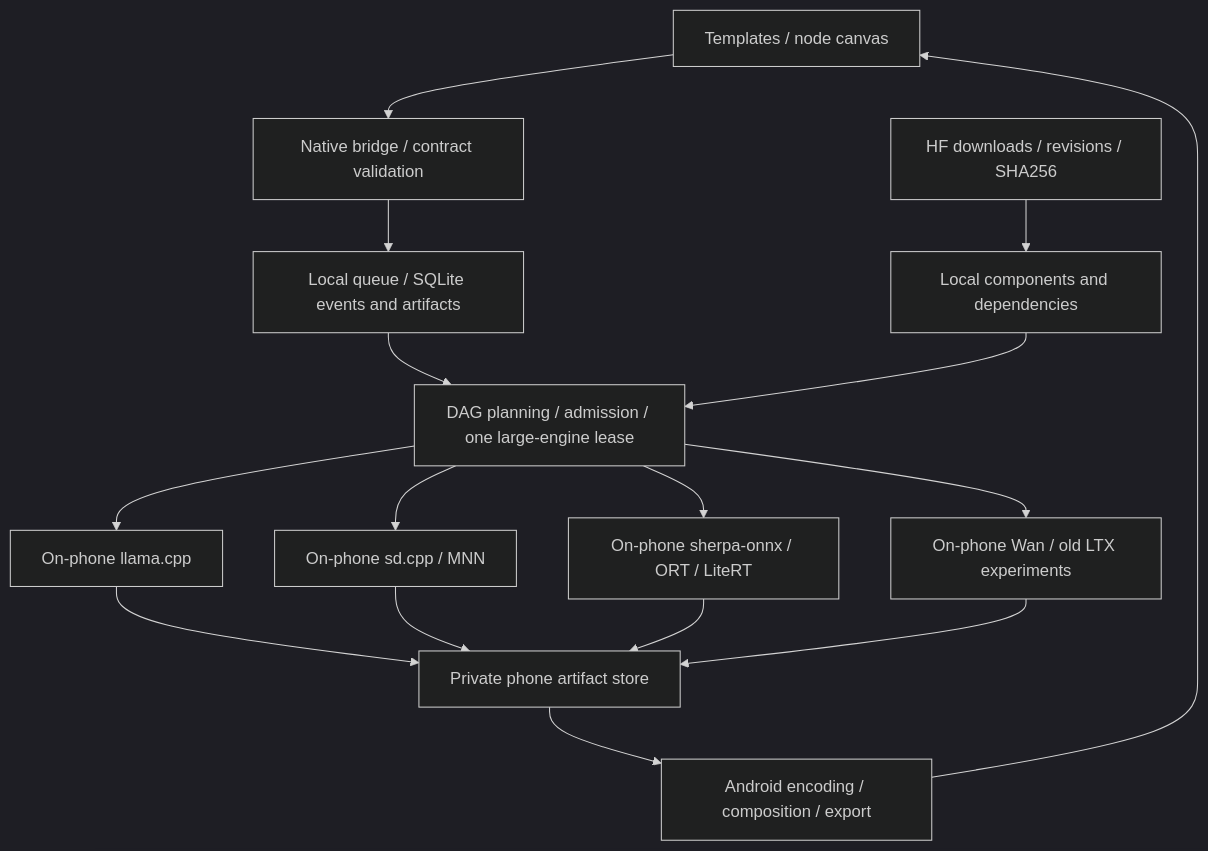
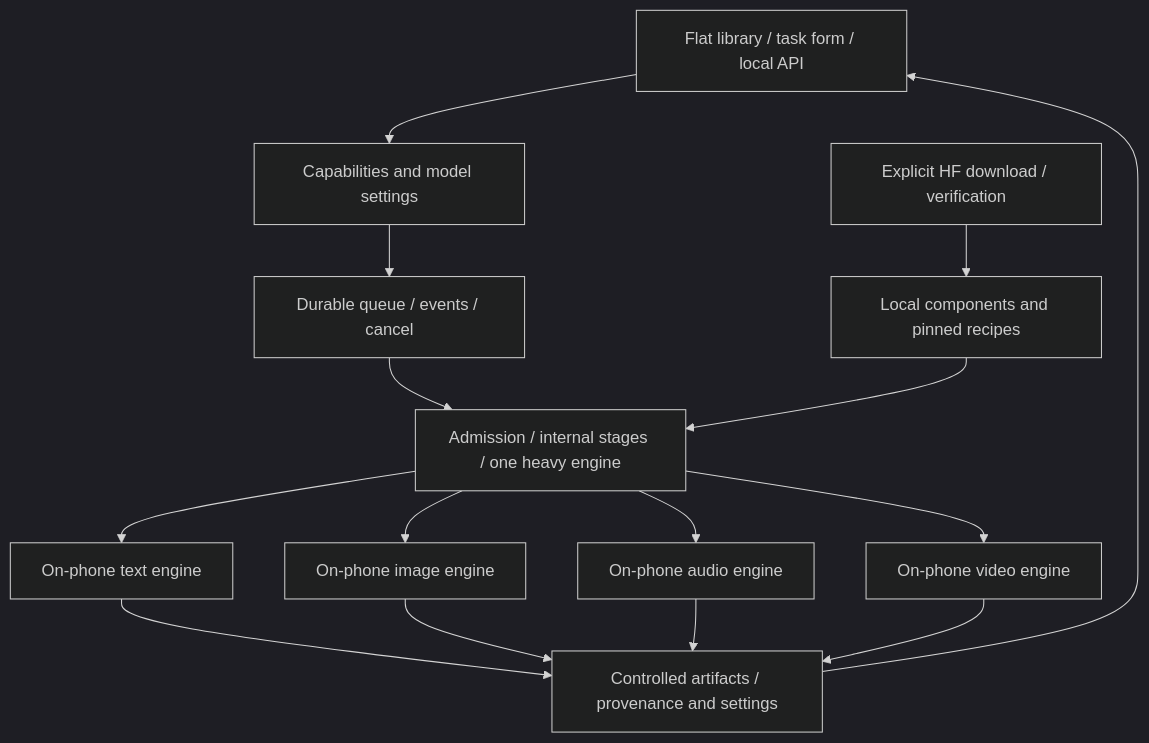
Before and after one commit to wikigsroom/LMA: the diagram in docs/WORKFLOWS.en.md, drawn with Mermaid (dark theme). The commit also changed other lines of this file and 18 other files, not shown here.

````diff
--- a/docs/WORKFLOWS.en.md
+++ b/docs/WORKFLOWS.en.md
@@ -13,18 +11,17 @@
 ```mermaid
 flowchart TD
-    UI[Templates / node canvas] --> BRIDGE[Native bridge / contract validation]
-    BRIDGE --> JOBS[Local queue / SQLite events and artifacts]
-    JOBS --> PLAN[DAG planning / admission / one large-engine lease]
-    PLAN --> TEXT[On-phone llama.cpp]
-    PLAN --> IMAGE[On-phone sd.cpp / MNN]
-    PLAN --> AUDIO[On-phone sherpa-onnx / ORT / LiteRT]
-    PLAN --> VIDEO[On-phone Wan / old LTX experiments]
-    TEXT --> STORE[Private phone artifact store]
+    UI[Flat library / task form / local API] --> VALIDATE[Capabilities and model settings]
+    VALIDATE --> JOBS[Durable queue / events / cancel]
+    JOBS --> PLAN[Admission / internal stages / one heavy engine]
+    PLAN --> TEXT[On-phone text engine]
+    PLAN --> IMAGE[On-phone image engine]
+    PLAN --> AUDIO[On-phone audio engine]
+    PLAN --> VIDEO[On-phone video engine]
+    TEXT --> STORE[Controlled artifacts / provenance and settings]
     IMAGE --> STORE
     AUDIO --> STORE
     VIDEO --> STORE
-    STORE --> MEDIA[Android encoding / composition / export]
-    MEDIA --> UI
-    DOWNLOAD[HF downloads / revisions / SHA256] --> BUNDLES[Local components and dependencies]
-    BUNDLES --> PLAN
+    STORE --> UI
+    DOWNLOAD[Explicit HF download / verification] --> BUNDLE[Local components and pinned recipes]
+    BUNDLE --> PLAN
 ```
````
